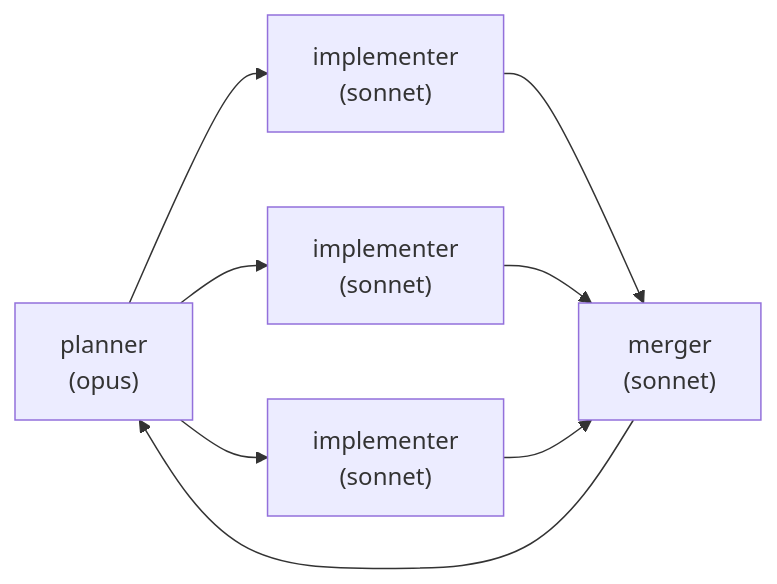
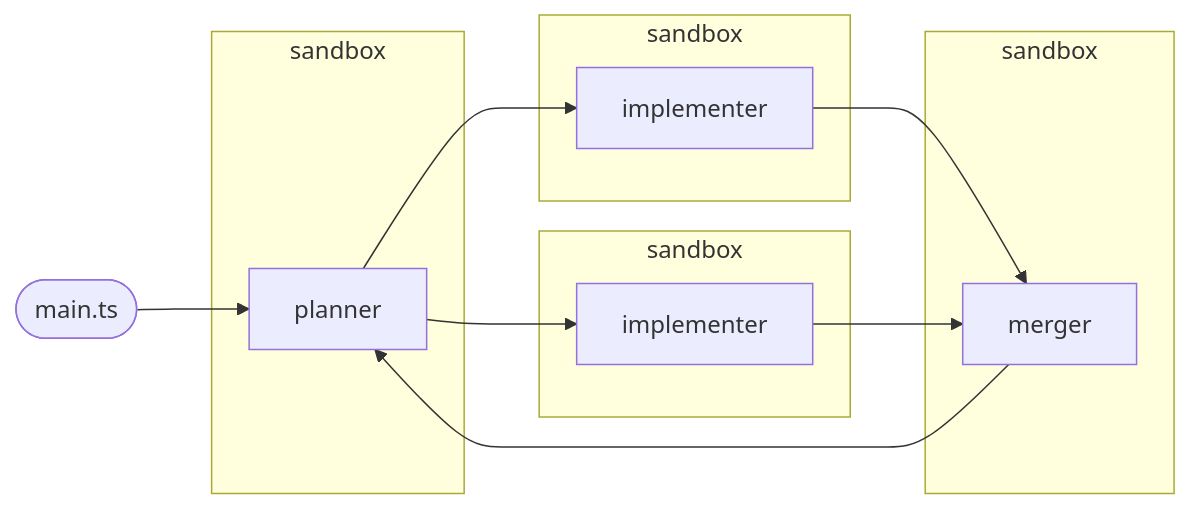
Before and after one commit to RRMoelker/sandcastle-beads-workshop: the fourth of 5 diagrams in slides/slides.md, drawn with Mermaid. The commit also changed other lines of this file and 3 other files, not shown here.

````diff
--- a/slides/slides.md
+++ b/slides/slides.md
@@ -264,10 +286,22 @@
 ```mermaid
 flowchart LR
-  P["planner<br/>(opus)"] --> E1["implementer<br/>(sonnet)"]
-  P --> E2["implementer<br/>(sonnet)"]
-  P --> E3["implementer<br/>(sonnet)"]
-  E1 --> M["merger<br/>(sonnet)"]
-  E2 --> M
-  E3 --> M
-  M --> P
+  M0(["main.ts"]) --> P["planner"]
+  P --> E1["implementer"]
+  P --> EN["implementer"]
+  E1 --> MG["merger"]
+  EN --> MG
+  MG --> P
+
+  subgraph SP["sandbox"]
+    P
+  end
+  subgraph S1["sandbox"]
+    E1
+  end
+  subgraph S2["sandbox"]
+    EN
+  end
+  subgraph SM["sandbox"]
+    MG
+  end
 ```
````
